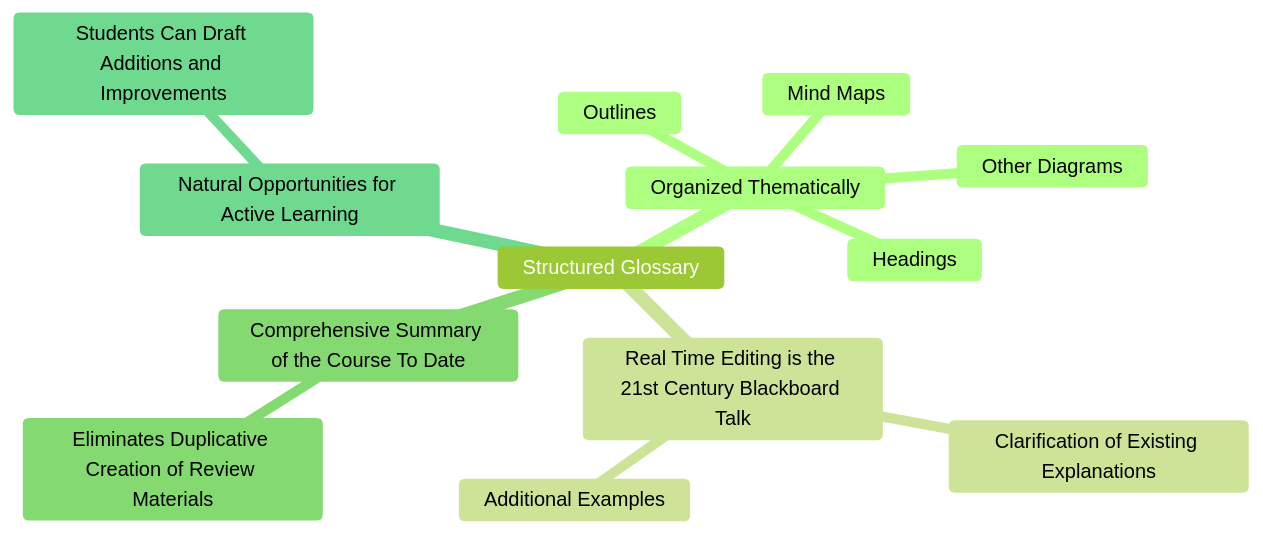
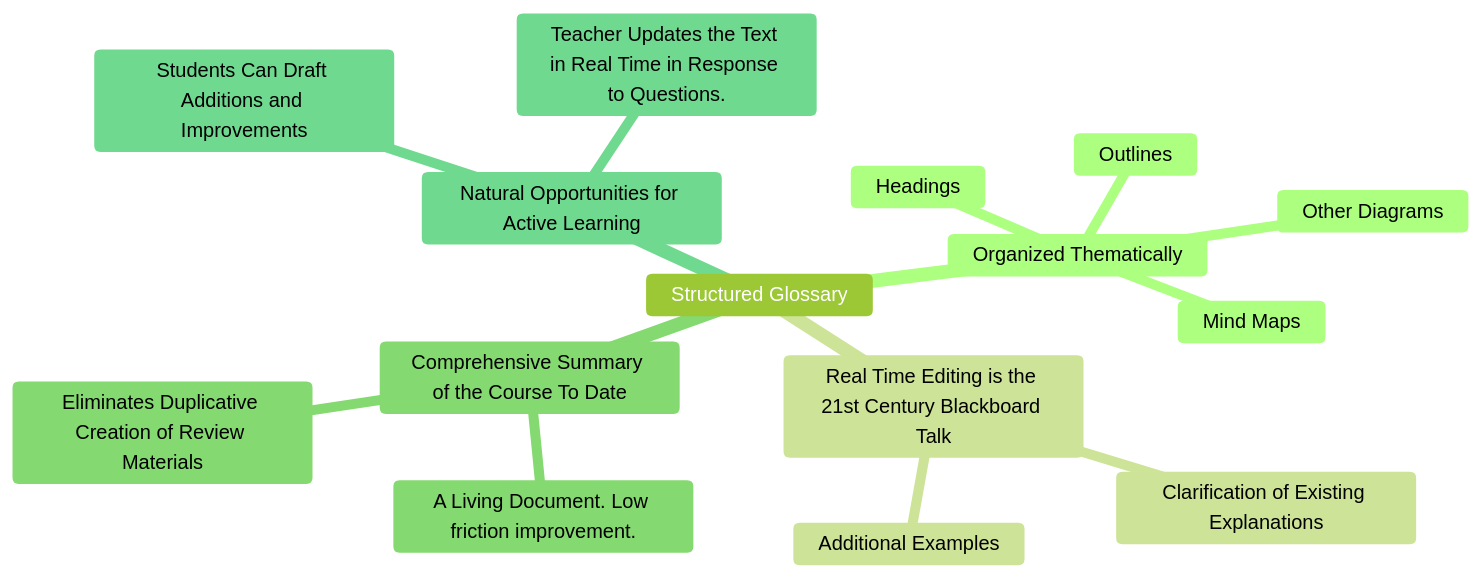
Before and after one commit to marshallflax/vision: the third of 4 diagrams in README.md, drawn with Mermaid. The commit also changed other lines of this file, not shown here.

````diff
--- a/README.md
+++ b/README.md
@@ -80,18 +80,20 @@
 ```mermaid
 %%{init: {'theme':'forest'}}%%
 
 mindmap
  Structured Glossary
   Organized Thematically
    Headings
    Outlines
    Mind Maps
    Other Diagrams
   Real Time Editing is the 21st Century Blackboard Talk
    Clarification of Existing Explanations
    Additional Examples
   Comprehensive Summary of the Course To Date
+   A Living Document. Low friction improvement.
    Eliminates Duplicative Creation of Review Materials
   Natural Opportunities for Active Learning
    Students Can Draft Additions and Improvements
+   Teacher Updates the Text in Real Time in Response to Questions.
 ```
````
